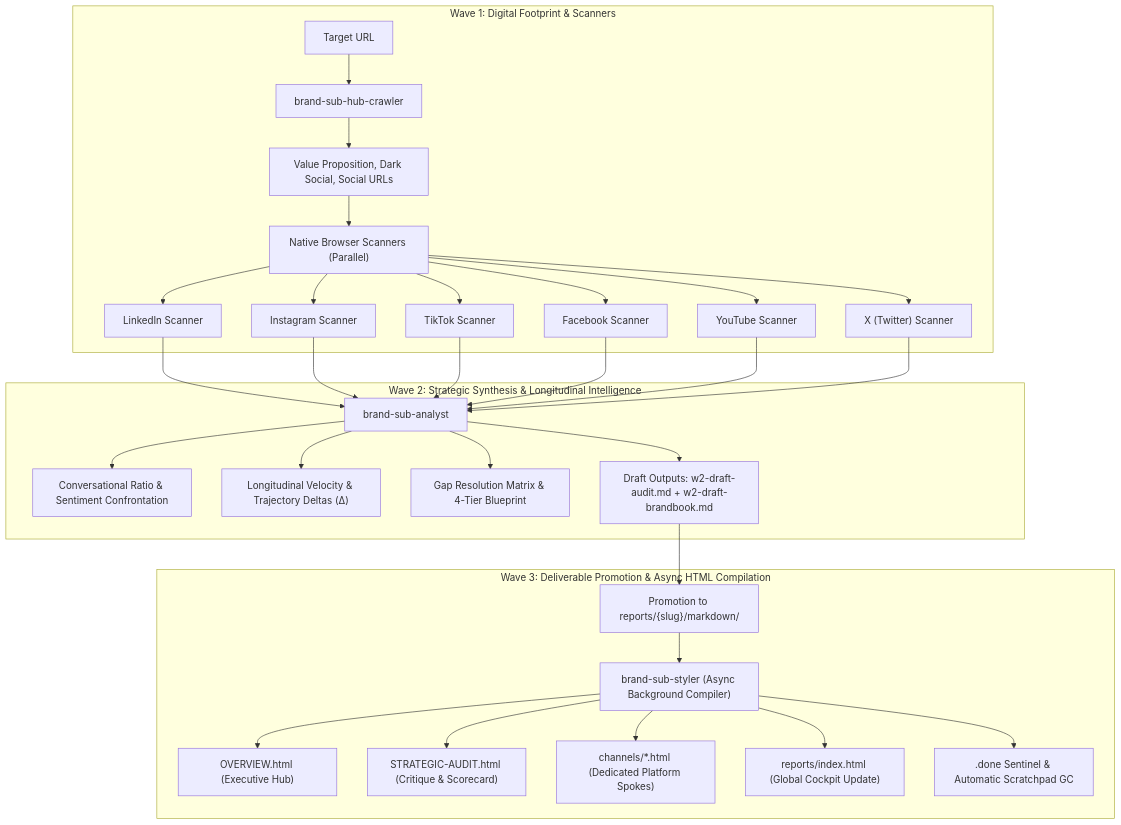
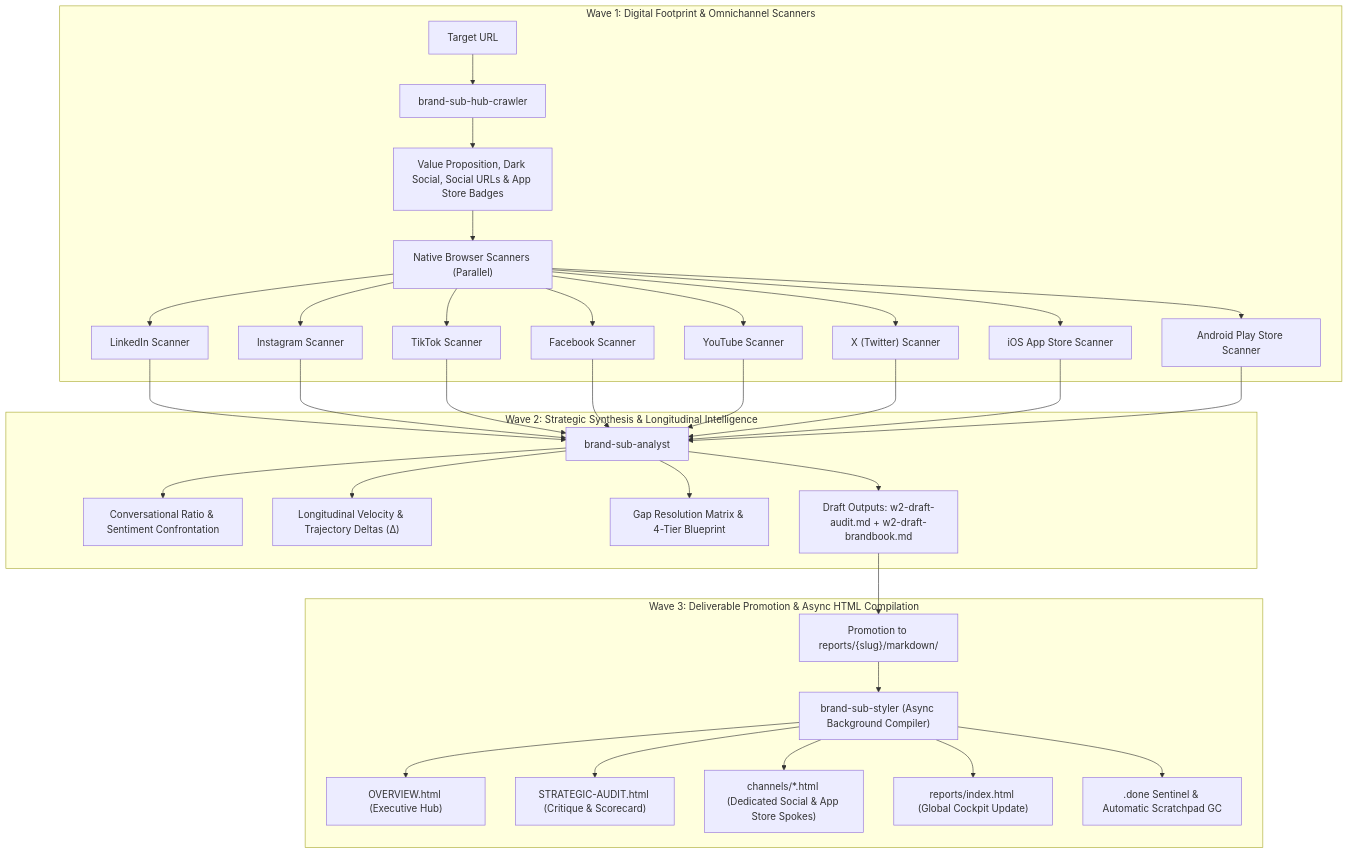
One commit to nicolasvd/brand-agents-agy changed the diagram in README.md. Above: the diagram before and after it, drawn with Mermaid. The commit also changed other lines of this file and 15 other files, not shown here.

Commit message:
feat: add iOS App Store and Google Play Store scanners, calibrate models, and update docs

````diff
--- a/README.md
+++ b/README.md
@@ -46,32 +46,34 @@
 ```mermaid
 flowchart TD
-    subgraph Wave1["Wave 1: Digital Footprint & Scanners"]
+    subgraph Wave1["Wave 1: Digital Footprint & Omnichannel Scanners"]
         A["Target URL"] --> B["brand-sub-hub-crawler"]
-        B --> C["Value Proposition, Dark Social, Social URLs"]
+        B --> C["Value Proposition, Dark Social, Social URLs & App Store Badges"]
         C --> D["Native Browser Scanners (Parallel)"]
         D --> D1["LinkedIn Scanner"]
         D --> D2["Instagram Scanner"]
         D --> D3["TikTok Scanner"]
         D --> D4["Facebook Scanner"]
         D --> D5["YouTube Scanner"]
         D --> D6["X (Twitter) Scanner"]
+        D --> D7["iOS App Store Scanner"]
+        D --> D8["Android Play Store Scanner"]
     end
 
     subgraph Wave2["Wave 2: Strategic Synthesis & Longitudinal Intelligence"]
-        D1 & D2 & D3 & D4 & D5 & D6 --> E["brand-sub-analyst"]
+        D1 & D2 & D3 & D4 & D5 & D6 & D7 & D8 --> E["brand-sub-analyst"]
         E --> F["Conversational Ratio & Sentiment Confrontation"]
         E --> G["Longitudinal Velocity & Trajectory Deltas (Δ)"]
         E --> H["Gap Resolution Matrix & 4-Tier Blueprint"]
         E --> I["Draft Outputs: w2-draft-audit.md + w2-draft-brandbook.md"]
     end
 
     subgraph Wave3["Wave 3: Deliverable Promotion & Async HTML Compilation"]
         I --> J["Promotion to reports/{slug}/markdown/"]
         J --> K["brand-sub-styler (Async Background Compiler)"]
         K --> L["OVERVIEW.html (Executive Hub)"]
         K --> M["STRATEGIC-AUDIT.html (Critique & Scorecard)"]
-        K --> N["channels/*.html (Dedicated Platform Spokes)"]
+        K --> N["channels/*.html (Dedicated Social & App Store Spokes)"]
         K --> O["reports/index.html (Global Cockpit Update)"]
         K --> P[".done Sentinel & Automatic Scratchpad GC"]
     end
 ```
````
